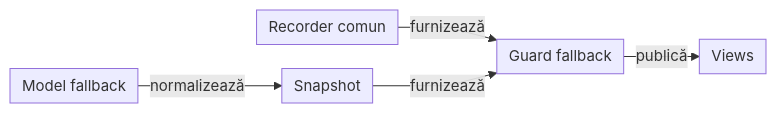
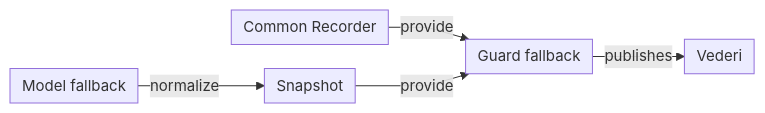
The ninth of 12 diagrams in docs/ATF_Architecture.md (crististefanita/atf_j0), drawn with Mermaid before and after one commit. The commit also changed other lines of this file and 113 other files, not shown here.

````diff
--- a/docs/ATF_Architecture.md
+++ b/docs/ATF_Architecture.md
@@ -642,12 +611,12 @@
 ```mermaid
 %%{init: {"themeVariables":{"fontSize":"15px"},"themeCSS":".nodeLabel, .nodeLabel p { font-size: 15px !important; line-height: 1.35 !important; } .edgeLabel, .edgeLabel p { font-size: 12px !important; font-weight: 400 !important; line-height: 1.2 !important; } .edgeLabel .labelBkg, .edgeLabel p { background: transparent !important; } .edgeLabel foreignObject { transform: translateY(-18px); overflow: visible; } .node rect { rx: 6px; ry: 6px; }","flowchart":{"curve":"linear","nodeSpacing":24,"rankSpacing":24,"padding":6,"diagramPadding":20}}}%%
 flowchart LR
-    Recorder["Recorder comun"]
+    Recorder["Common Recorder"]
     Fallback["Model fallback"]
     Adapter["Snapshot"]
     Guard["Guard fallback"]
-    Recorder -->|furnizează| Guard
-    Fallback -->|normalizează| Adapter
-    Adapter -->|furnizează| Guard
-    Guard -->|publică| Output["Views"]
+    Recorder -->|provide| Guard
+    Fallback -->|normalize| Adapter
+    Adapter -->|provide| Guard
+    Guard -->|publishes| Output["Vederi"]
 ```
````
